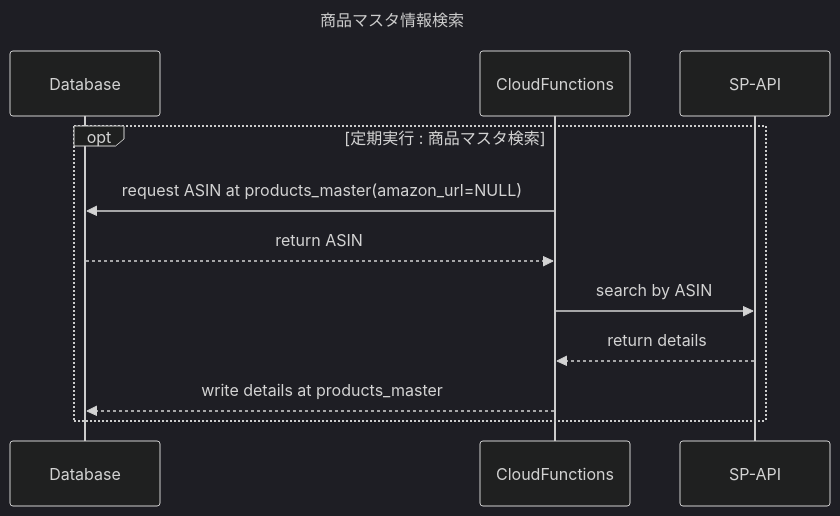
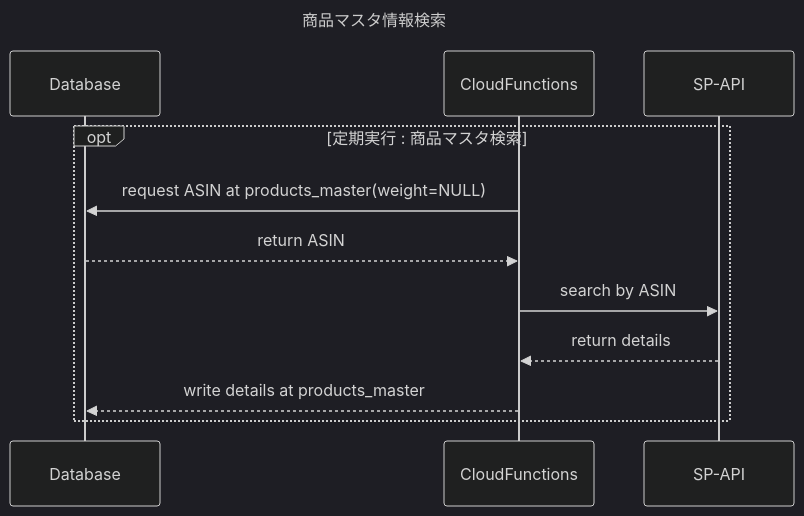
The diagram in SQ/research_SQ_get_details.md (Hanato238/ASIN_search_dev), drawn with Mermaid (dark theme) before and after one commit. The commit also changed 14 other files, not shown here.

````diff
--- a/SQ/research_SQ_get_details.md
+++ b/SQ/research_SQ_get_details.md
@@ -1,17 +1,17 @@
 ```mermaid
 ---
 title: '商品マスタ情報検索'
 ---
 sequenceDiagram
     participant db as Database
     participant cf as CloudFunctions
     participant spapi as SP-API
 
         opt 定期実行 : 商品マスタ検索
-            cf ->> db : request ASIN at products_master(amazon_url=NULL)
+            cf ->> db : request ASIN at products_master(weight=NULL)
             db -->> cf : return ASIN
             cf ->> spapi : search by ASIN
             spapi -->> cf : return details
             cf -->> db : write details at products_master
         end
 ```
````
